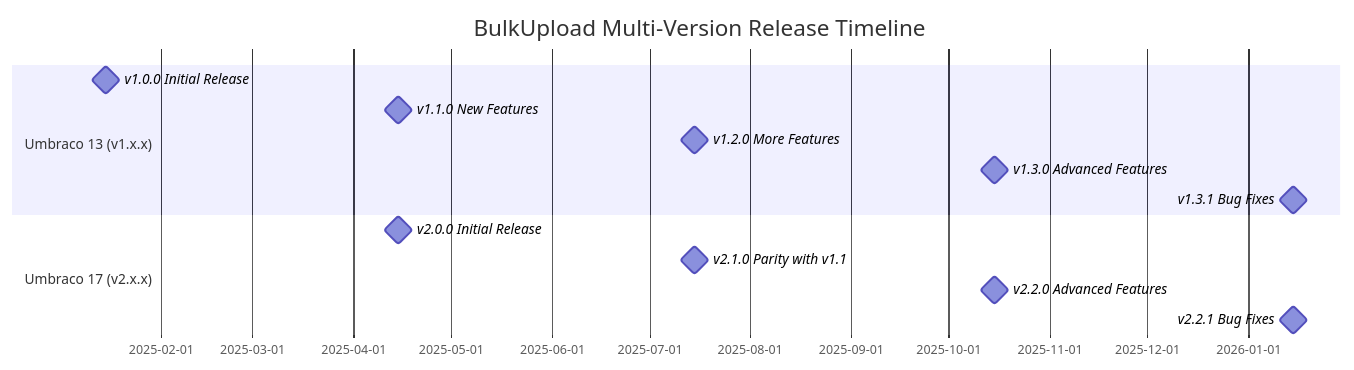
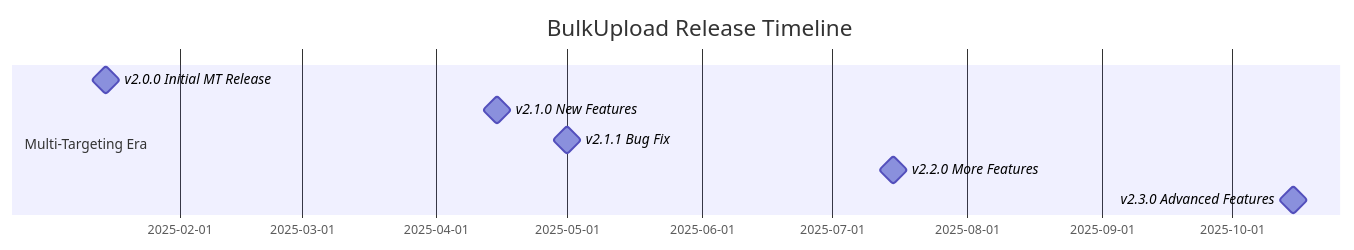
One commit to ClerksWell-Ltd/BulkUpload changed the fifth of 9 diagrams in .github/docs/developer-guides/WORKFLOW_DIAGRAM.md. Above: the diagram before and after it, drawn with Mermaid. The commit also changed other lines of this file and 36 other files, not shown here.

````diff
--- a/.github/docs/developer-guides/WORKFLOW_DIAGRAM.md
+++ b/.github/docs/developer-guides/WORKFLOW_DIAGRAM.md
@@ -146,17 +143,11 @@
 ```mermaid
 gantt
-    title BulkUpload Multi-Version Release Timeline
+    title BulkUpload Release Timeline
     dateFormat YYYY-MM-DD
-    section Umbraco 13 (v1.x.x)
-    v1.0.0 Initial Release    :milestone, m1, 2025-01-15, 0d
-    v1.1.0 New Features        :milestone, m2, 2025-04-15, 0d
-    v1.2.0 More Features       :milestone, m3, 2025-07-15, 0d
-    v1.3.0 Advanced Features   :milestone, m4, 2025-10-15, 0d
-    v1.3.1 Bug Fixes           :milestone, m5, 2026-01-15, 0d
-
-    section Umbraco 17 (v2.x.x)
-    v2.0.0 Initial Release    :milestone, m6, 2025-04-15, 0d
-    v2.1.0 Parity with v1.1   :milestone, m7, 2025-07-15, 0d
-    v2.2.0 Advanced Features  :milestone, m8, 2025-10-15, 0d
-    v2.2.1 Bug Fixes          :milestone, m9, 2026-01-15, 0d
+    section Multi-Targeting Era
+    v2.0.0 Initial MT Release    :milestone, m1, 2025-01-15, 0d
+    v2.1.0 New Features           :milestone, m2, 2025-04-15, 0d
+    v2.1.1 Bug Fix                :milestone, m3, 2025-05-01, 0d
+    v2.2.0 More Features          :milestone, m4, 2025-07-15, 0d
+    v2.3.0 Advanced Features      :milestone, m5, 2025-10-15, 0d
 ```
````
